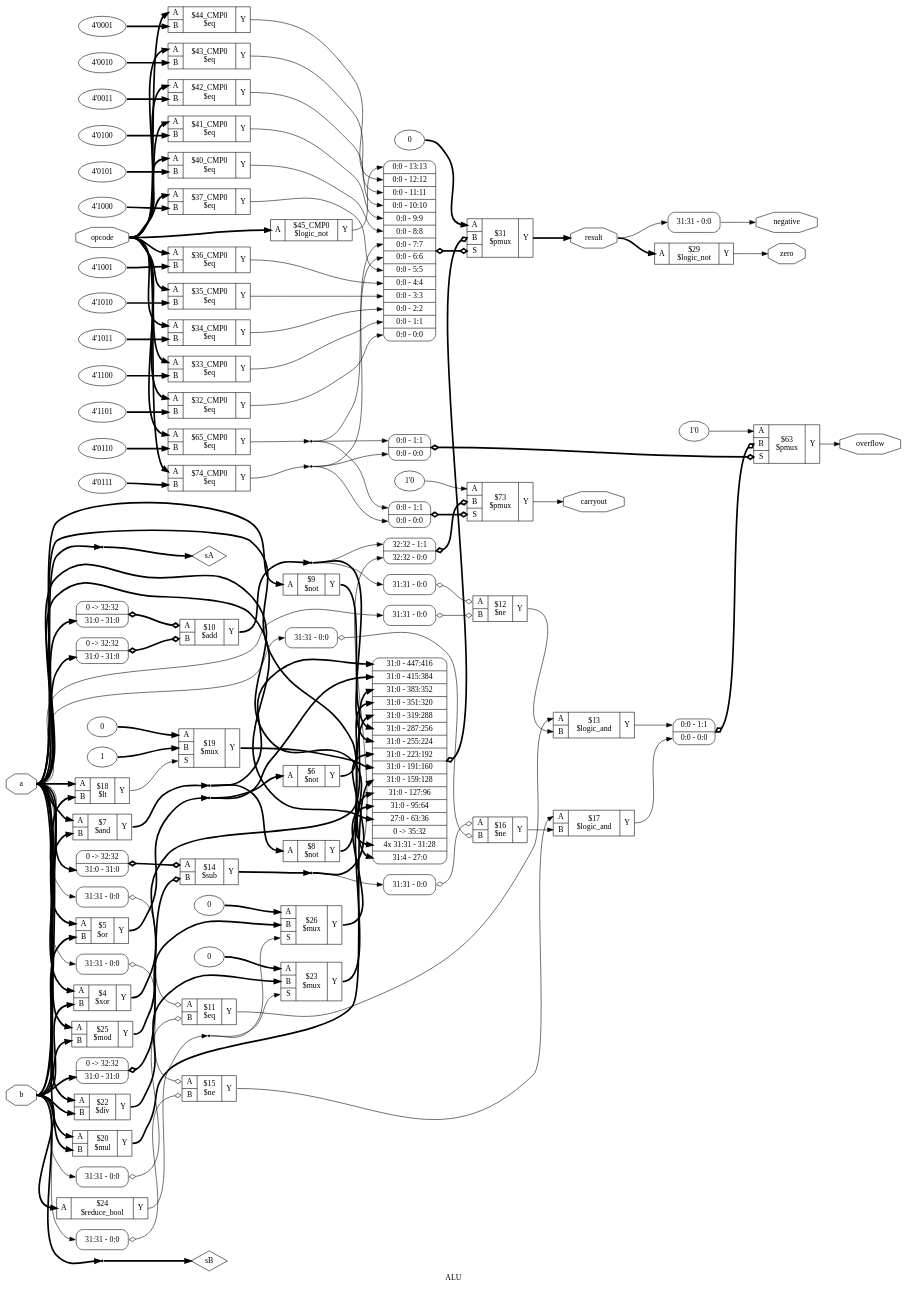
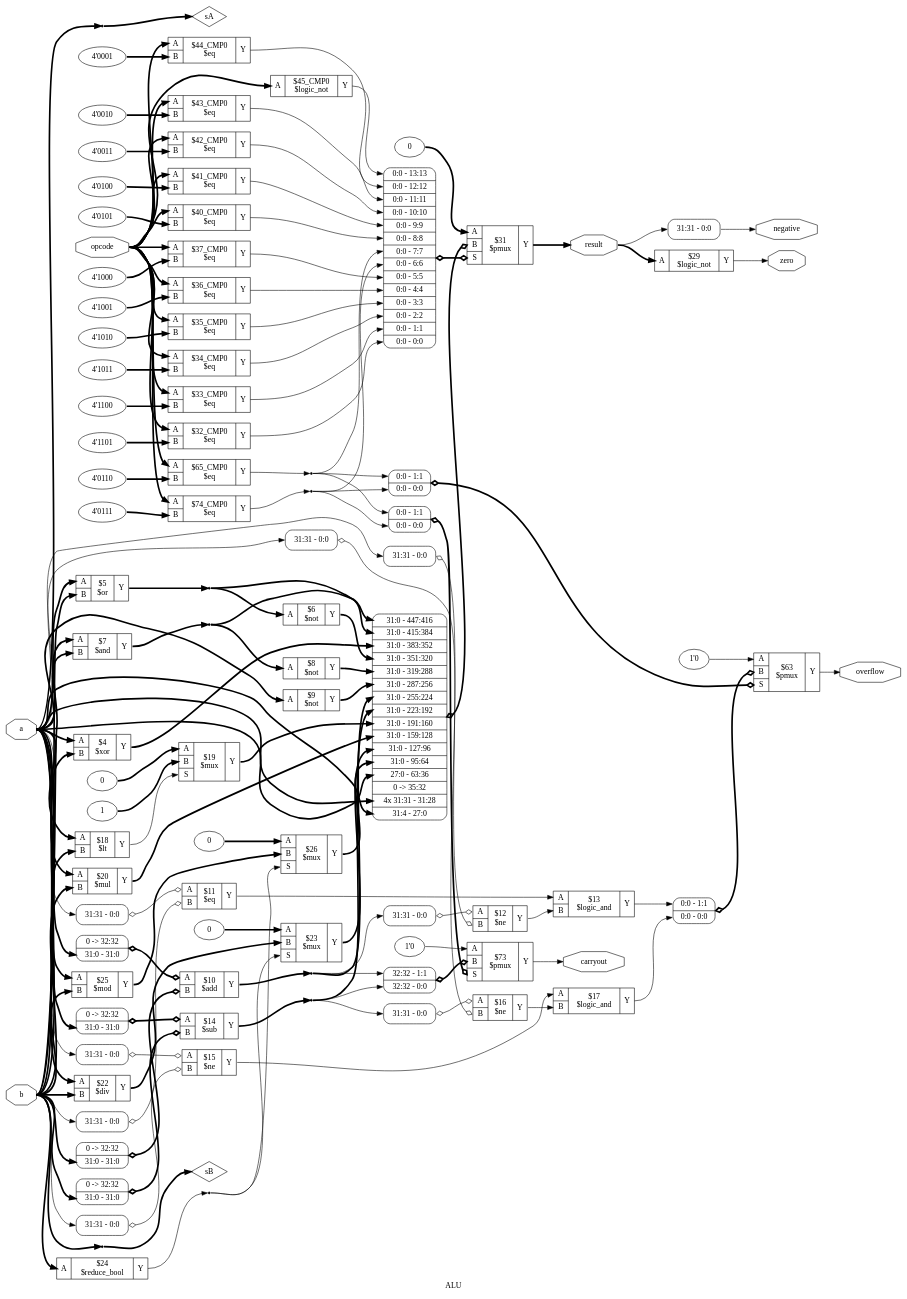
One commit to Rushi03/logic-design changed the diagram in projects/alu/alu_diagram.dot. Above: the diagram before and after it, drawn with Graphviz. The commit also changed 4 other files, not shown here.

```diff
--- a/projects/alu/alu_diagram.dot
+++ b/projects/alu/alu_diagram.dot
@@ -178,7 +178,6 @@
 n37:e -> x11:s0:w [color="black", fontcolor="black", style="setlinewidth(3)", label=""];
 n37:e -> x11:s4:w [color="black", fontcolor="black", style="setlinewidth(3)", label=""];
 n37:e -> x11:s6:w [color="black", fontcolor="black", style="setlinewidth(3)", label=""];
-n37:e -> x1:s0:w [color="black", fontcolor="black", style="setlinewidth(3)", label=""];
 n37:e -> x2:s0:w [color="black", fontcolor="black", label=""];
 n37:e -> x32:s0:w [color="black", fontcolor="black", style="setlinewidth(3)", label=""];
 n37:e -> x39:w [color="black", fontcolor="black", style="setlinewidth(3)", label=""];
@@ -193,6 +192,7 @@
 n38:e -> c63:p47:w [color="black", fontcolor="black", style="setlinewidth(3)", label=""];
 n38:e -> c67:p48:w [color="black", fontcolor="black", style="setlinewidth(3)", label=""];
 n38:e -> c90:p48:w [color="black", fontcolor="black", style="setlinewidth(3)", label=""];
+n38:e -> x1:s0:w [color="black", fontcolor="black", style="setlinewidth(3)", label=""];
 n38:e -> x33:s0:w [color="black", fontcolor="black", style="setlinewidth(3)", label=""];
 n38:e -> x3:s0:w [color="black", fontcolor="black", label=""];
 n38:e -> x40:w [color="black", fontcolor="black", style="setlinewidth(3)", label=""];
```
